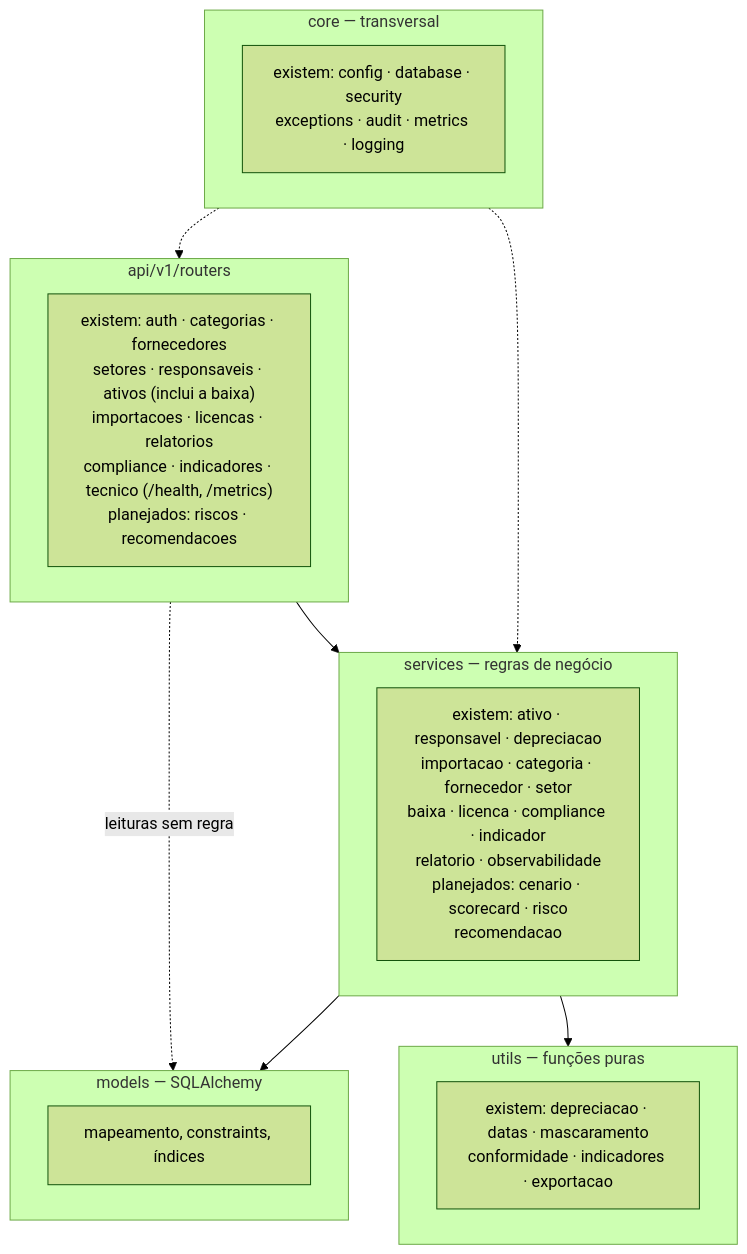
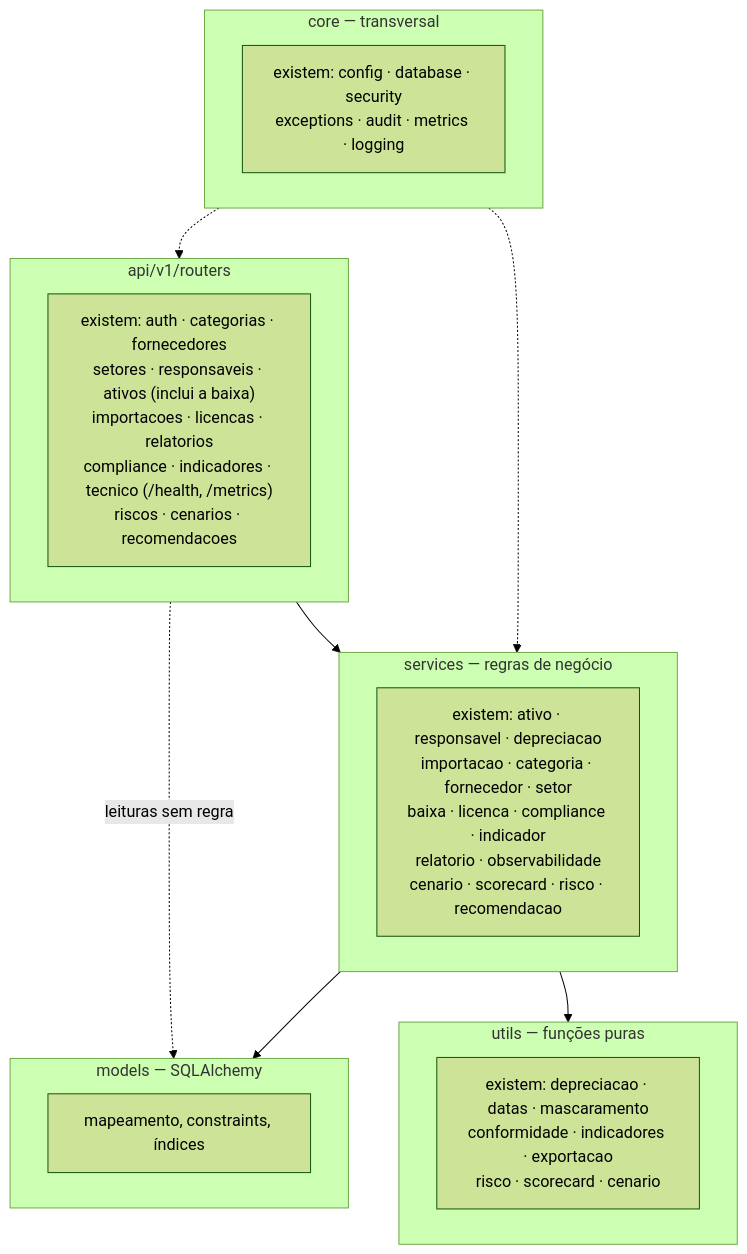
Before and after one commit to JoaoAzevedo184/Projeto-Governanca-TI: the third of 6 diagrams in docs/ARQUITETURA.md, drawn with Mermaid (forest theme). The commit also changed other lines of this file and 1 other file, not shown here.

Commit message:
feat(docs): atualizar roadmap e arquitetura com progresso da Sprint 5

````diff
--- a/docs/ARQUITETURA.md
+++ b/docs/ARQUITETURA.md
@@ -81,25 +81,25 @@
 ```mermaid
 graph TB
     subgraph rt["api/v1/routers"]
-        R1["existem: auth · categorias · fornecedores<br/>setores · responsaveis · ativos (inclui a baixa)<br/>importacoes · licencas · relatorios<br/>compliance · indicadores · tecnico (/health, /metrics)<br/>planejados: riscos · recomendacoes"]
+        R1["existem: auth · categorias · fornecedores<br/>setores · responsaveis · ativos (inclui a baixa)<br/>importacoes · licencas · relatorios<br/>compliance · indicadores · tecnico (/health, /metrics)<br/>riscos · cenarios · recomendacoes"]
     end
     subgraph sv["services — regras de negócio"]
-        S1["existem: ativo · responsavel · depreciacao<br/>importacao · categoria · fornecedor · setor<br/>baixa · licenca · compliance · indicador<br/>relatorio · observabilidade<br/>planejados: cenario · scorecard · risco<br/>recomendacao"]
+        S1["existem: ativo · responsavel · depreciacao<br/>importacao · categoria · fornecedor · setor<br/>baixa · licenca · compliance · indicador<br/>relatorio · observabilidade<br/>cenario · scorecard · risco · recomendacao"]
     end
     subgraph md["models — SQLAlchemy"]
         M1["mapeamento, constraints, índices"]
     end
     subgraph cr["core — transversal"]
         C1["existem: config · database · security<br/>exceptions · audit · metrics · logging"]
     end
     subgraph ut["utils — funções puras"]
-        U1["existem: depreciacao · datas · mascaramento<br/>conformidade · indicadores · exportacao"]
+        U1["existem: depreciacao · datas · mascaramento<br/>conformidade · indicadores · exportacao<br/>risco · scorecard · cenario"]
     end
 
     rt --> sv
     rt -.->|"leituras sem regra"| md
     sv --> md
     sv --> ut
     cr -.-> rt
     cr -.-> sv
 ```
````
